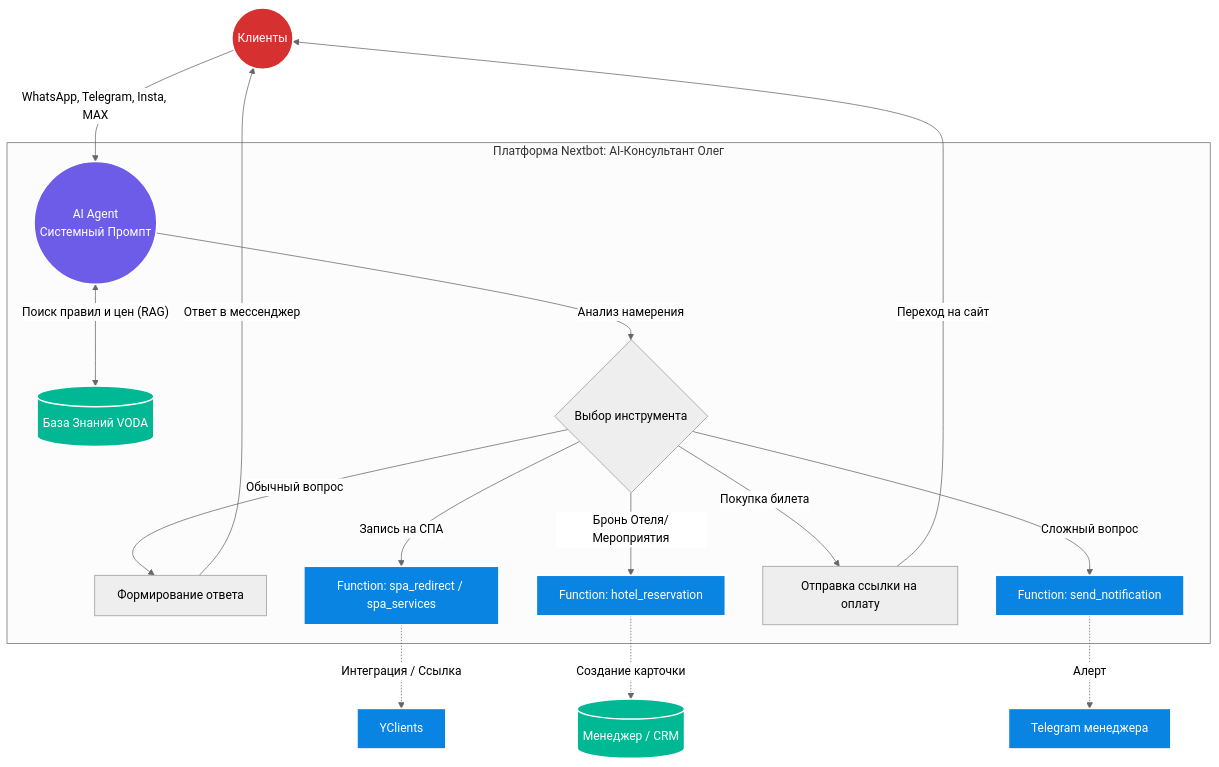
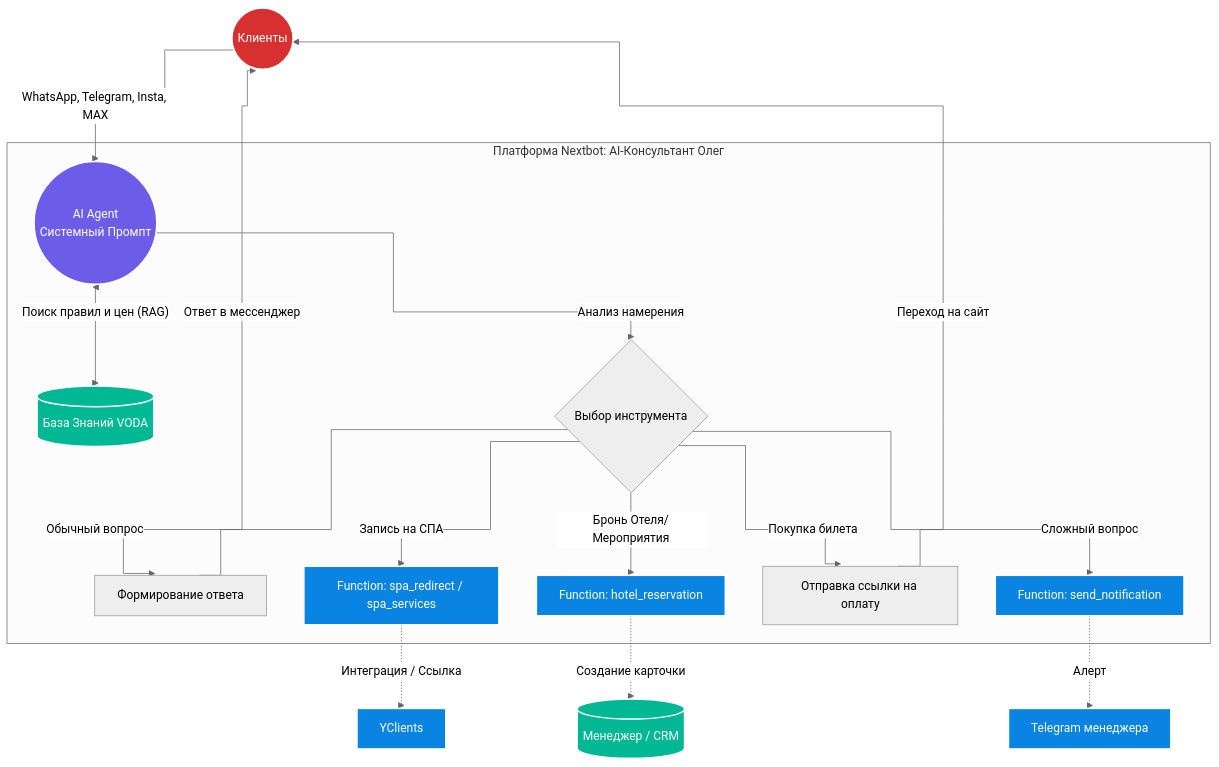
The diagram in README.md (ravilpcs-spec/voda-ai-consultant), drawn with Mermaid (neutral theme) before and after one commit.

````diff
--- a/README.md
+++ b/README.md
@@ -13,34 +13,35 @@
 ```mermaid
-graph TD
+%%{init: {"flowchart": {"curve": "step"}}}%%
+flowchart TD
     %% Настройки стиля
     classDef ai fill:#6C5CE7,stroke:#fff,stroke-width:2px,color:#fff;
     classDef database fill:#00B894,stroke:#fff,stroke-width:2px,color:#fff;
     classDef api fill:#0984E3,stroke:#fff,stroke-width:2px,color:#fff;
     classDef client fill:#D63031,stroke:#fff,stroke-width:2px,color:#fff;
 
     USER(("Клиенты")):::client -->|"WhatsApp, Telegram, Insta, MAX"| AGENT
     
     subgraph "Платформа Nextbot: AI-Консультант Олег"
         AGENT(("AI Agent<br>Системный Промпт")):::ai
         
         %% Взаимодействие с базой
         AGENT <-->|"Поиск правил и цен (RAG)"| KB[("База Знаний VODA")]:::database
         
         %% Блок Function Calling
         AGENT -->|"Анализ намерения"| SWITCH{"Выбор инструмента"}
         
         SWITCH -->|"Обычный вопрос"| CHAT["Формирование ответа"]
         SWITCH -->|"Запись на СПА"| TOOL_SPA["Function: spa_redirect / spa_services"]:::api
         SWITCH -->|"Бронь Отеля/Мероприятия"| TOOL_HOTEL["Function: hotel_reservation"]:::api
         SWITCH -->|"Покупка билета"| TOOL_LINK["Отправка ссылки на оплату"]
         SWITCH -->|"Сложный вопрос"| TOOL_FALLBACK["Function: send_notification"]:::api
     end
     
     %% Внешние системы
     TOOL_SPA -.->|"Интеграция / Ссылка"| YCLIENTS["YClients"]:::api
     TOOL_HOTEL -.->|"Создание карточки"| CRM[("Менеджер / CRM")]:::database
     TOOL_FALLBACK -.->|"Алерт"| TG["Telegram менеджера"]:::api
     
     CHAT -->|"Ответ в мессенджер"| USER
     TOOL_LINK -->|"Переход на сайт"| USER
 ```
````
